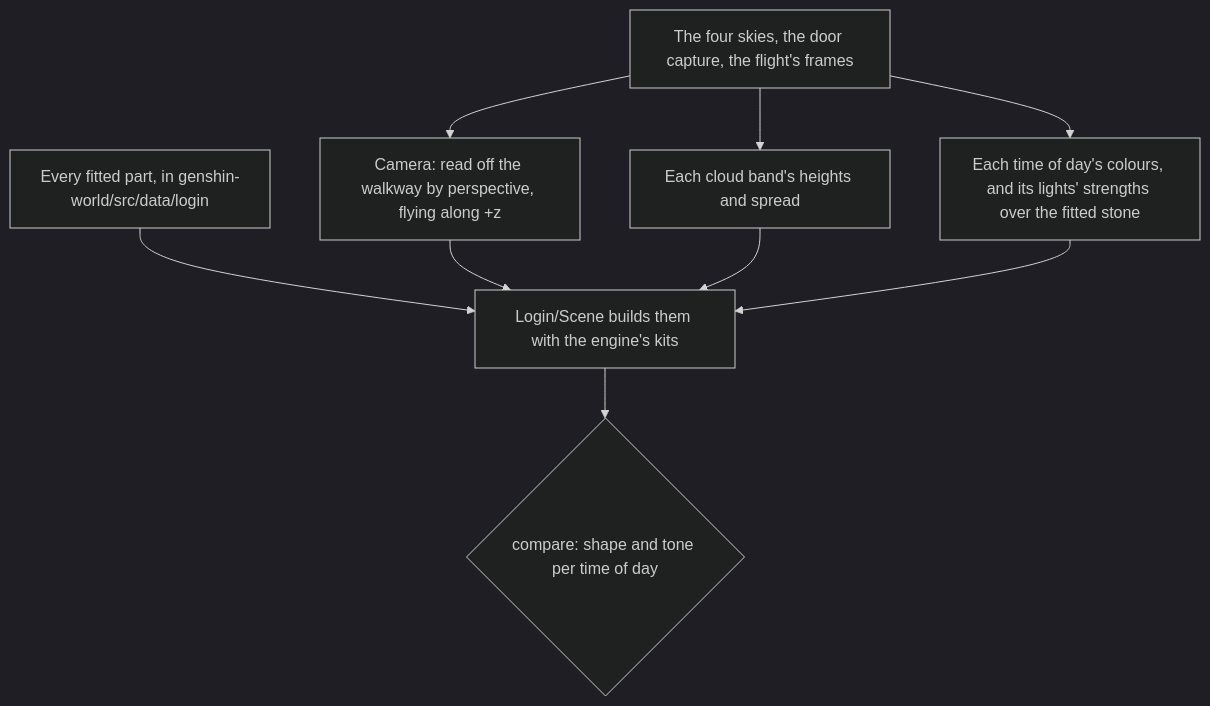
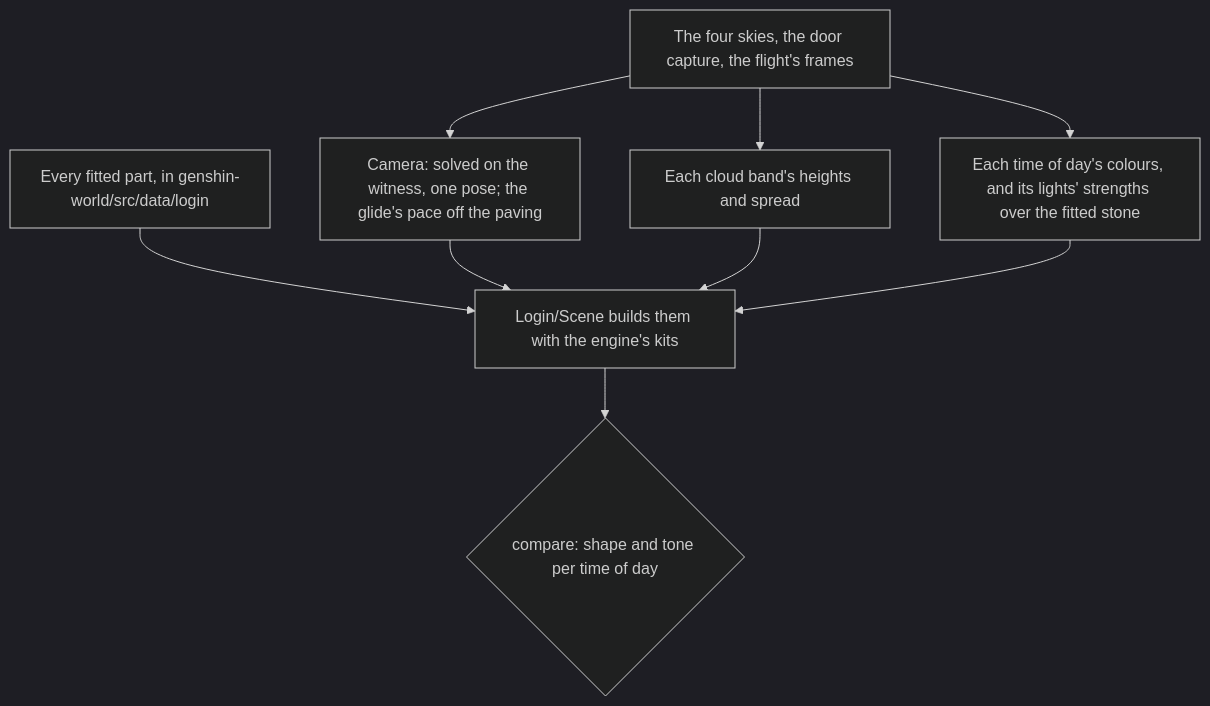
One commit to Esposter/Esposter changed the second of 2 diagrams in apps/web/content/docs/genshin/login-screen.md. Above: the diagram before and after it, drawn with Mermaid (dark theme). The commit also changed other lines of this file and 20 other files, not shown here.

First line of the commit message:
feat(genshin-world): glide the login's world toward a still camera, its walkway assembling ahead

````diff
--- a/apps/web/content/docs/genshin/login-screen.md
+++ b/apps/web/content/docs/genshin/login-screen.md
@@ -31,11 +31,11 @@
 ```mermaid
 flowchart TD
   DATA["Every fitted part, in genshin-world/src/data/login"] --> SCENE[Login/Scene builds them with the engine's kits]
-  REF[The four skies, the door capture, the flight's frames] --> CAM["Camera: read off the walkway by perspective, flying along +z"]
+  REF[The four skies, the door capture, the flight's frames] --> CAM["Camera: solved on the witness, one pose; the glide's pace off the paving"]
   REF --> BANDS[Each cloud band's heights and spread]
   REF --> LIGHT["Each time of day's colours, and its lights' strengths over the fitted stone"]
   CAM --> SCENE
   BANDS --> SCENE
   LIGHT --> SCENE
   SCENE --> SCORE{compare: shape and tone per time of day}
 ```
````
